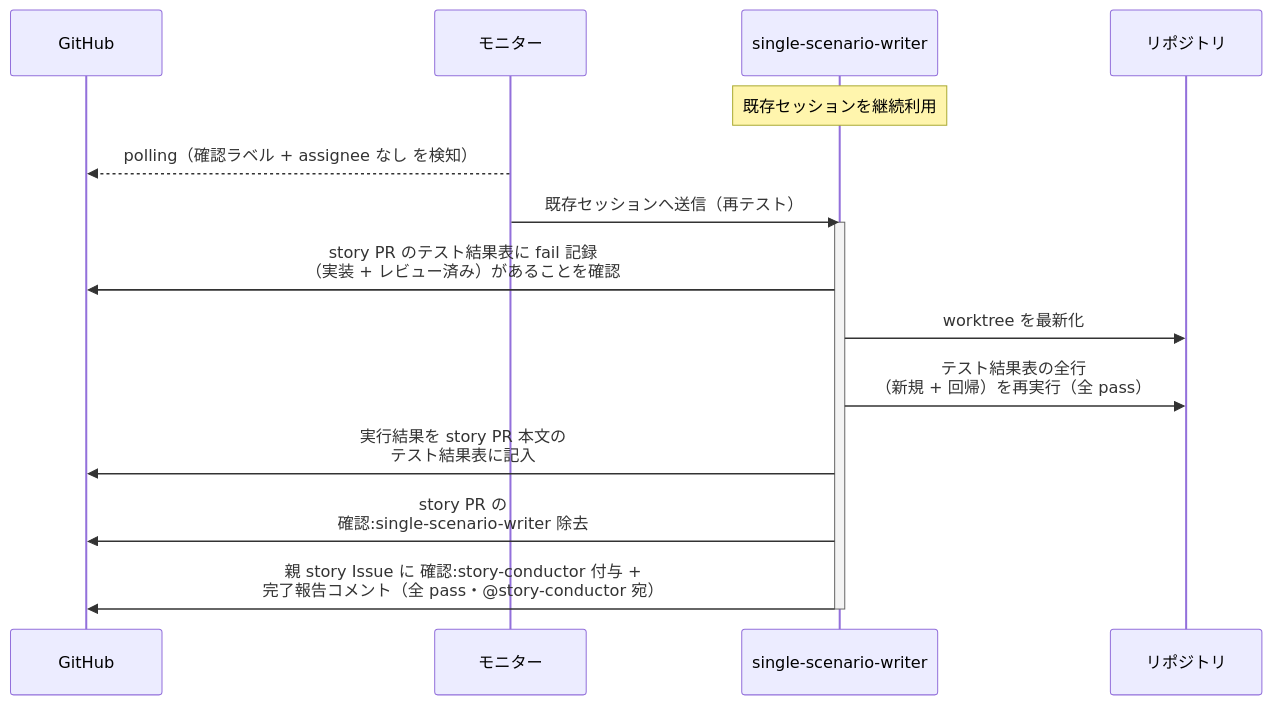
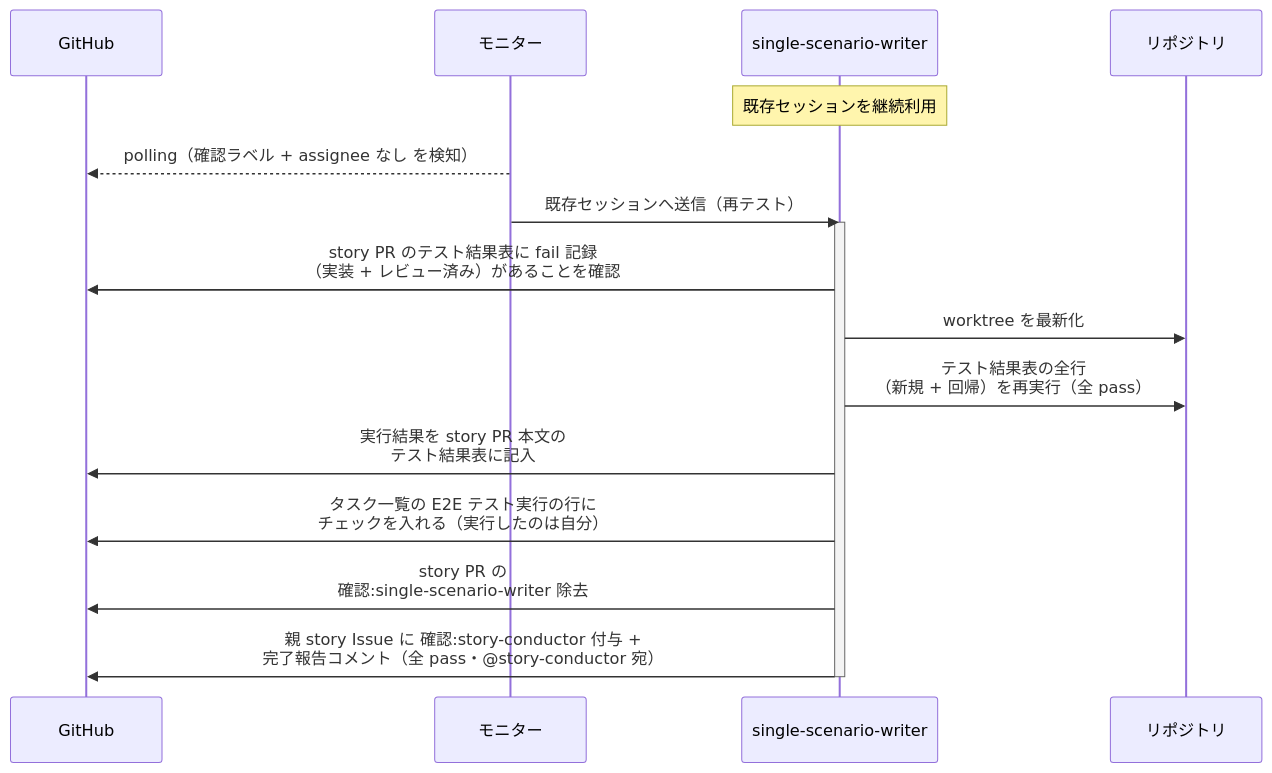
One commit to shuhei1101/ai-monitor changed the second of 2 diagrams in docs/wiki/設計図/シナリオ/単一ユースケース/統合テスト指揮.md. Above: the diagram before and after it, drawn with Mermaid. The commit also changed other lines of this file and 77 other files, not shown here.

````diff
--- a/docs/wiki/設計図/シナリオ/単一ユースケース/統合テスト指揮.md
+++ b/docs/wiki/設計図/シナリオ/単一ユースケース/統合テスト指揮.md
@@ -71,19 +71,20 @@
 ```mermaid
 sequenceDiagram
   participant GH as GitHub
   participant ORC as モニター
   participant MON as single-scenario-writer
   participant REPO as リポジトリ
 
   Note over MON: 既存セッションを継続利用
   ORC-->>GH: polling（確認ラベル + assignee なし を検知）
   ORC->>MON: 既存セッションへ送信（再テスト）
   activate MON
   MON->>GH: story PR のテスト結果表に fail 記録<br>（実装 + レビュー済み）があることを確認
   MON->>REPO: worktree を最新化
   MON->>REPO: テスト結果表の全行<br>（新規 + 回帰）を再実行（全 pass）
   MON->>GH: 実行結果を story PR 本文の<br>テスト結果表に記入
+  MON->>GH: タスク一覧の E2E テスト実行の行に<br>チェックを入れる（実行したのは自分）
   MON->>GH: story PR の<br>確認:single-scenario-writer 除去
   MON->>GH: 親 story Issue に 確認:story-conductor 付与 +<br>完了報告コメント（全 pass・@story-conductor 宛）
   deactivate MON
 ```
````
